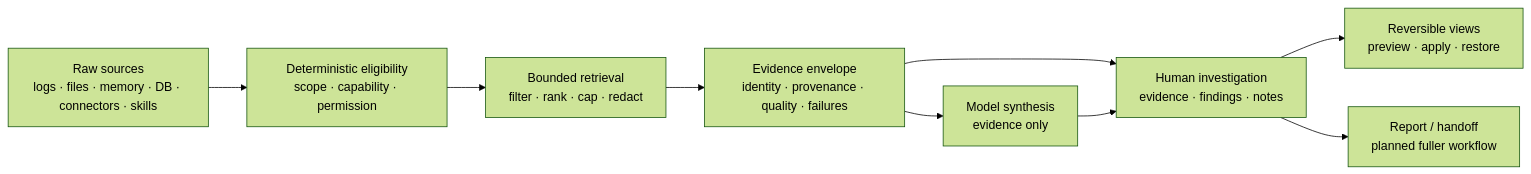
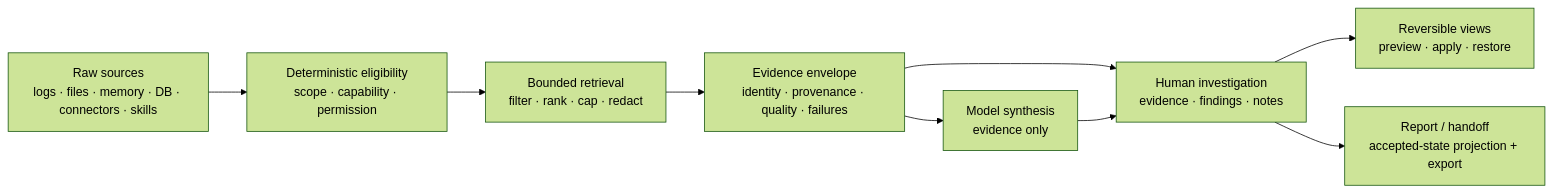
One commit to chriscase/ContextDesk changed the diagram in docs/design/PROVEN_METHODS.md. Above: the diagram before and after it, drawn with Mermaid (forest theme). The commit also changed other lines of this file and 50 other files, not shown here.

Commit message:
feat(investigations): ship trusted report assembly and export (#532)

````diff
--- a/docs/design/PROVEN_METHODS.md
+++ b/docs/design/PROVEN_METHODS.md
@@ -84,18 +84,18 @@
 ```mermaid
 flowchart LR
 %% title: Evidence-to-investigation method map
     A["Raw sources<br/>logs · files · memory · DB · connectors · skills"]
     B["Deterministic eligibility<br/>scope · capability · permission"]
     C["Bounded retrieval<br/>filter · rank · cap · redact"]
     D["Evidence envelope<br/>identity · provenance · quality · failures"]
     E["Model synthesis<br/>evidence only"]
     F["Human investigation<br/>evidence · findings · notes"]
     G["Reversible views<br/>preview · apply · restore"]
-    H["Report / handoff<br/>planned fuller workflow"]
+    H["Report / handoff<br/>accepted-state projection + export"]
 
     A --> B --> C --> D --> E
     D --> F
     E --> F
     F --> G
     F --> H
 ```
````
